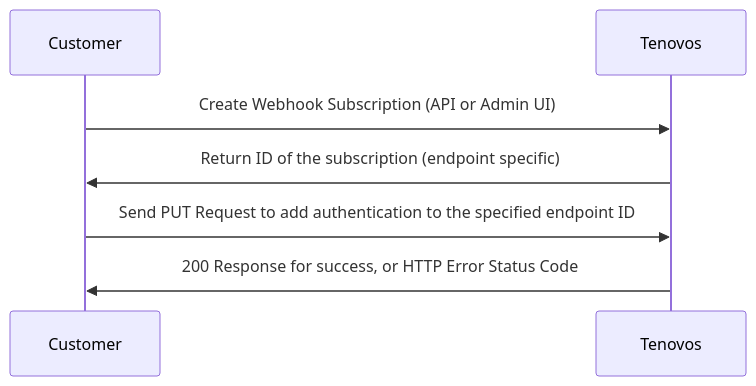
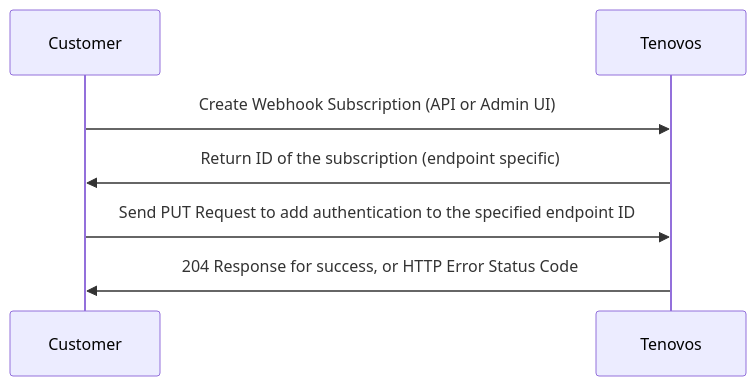
The first of 2 diagrams in developer-portal/webhooks/authentication.md (brian-tenovos/tnvs-api-dev-portal), drawn with Mermaid before and after one commit. The commit also changed other lines of this file and 5 other files, not shown here.

````diff
--- a/developer-portal/webhooks/authentication.md
+++ b/developer-portal/webhooks/authentication.md
@@ -22,9 +22,9 @@
 ```mermaid
 sequenceDiagram
     participant Customer
     participant Tenovos
     Customer->>Tenovos: Create Webhook Subscription (API or Admin UI)
     Tenovos->>Customer: Return ID of the subscription (endpoint specific)
     Customer->>Tenovos: Send PUT Request to add authentication to the specified endpoint ID
-    Tenovos->>Customer: 200 Response for success, or HTTP Error Status Code
+    Tenovos->>Customer: 204 Response for success, or HTTP Error Status Code
 ```
````
